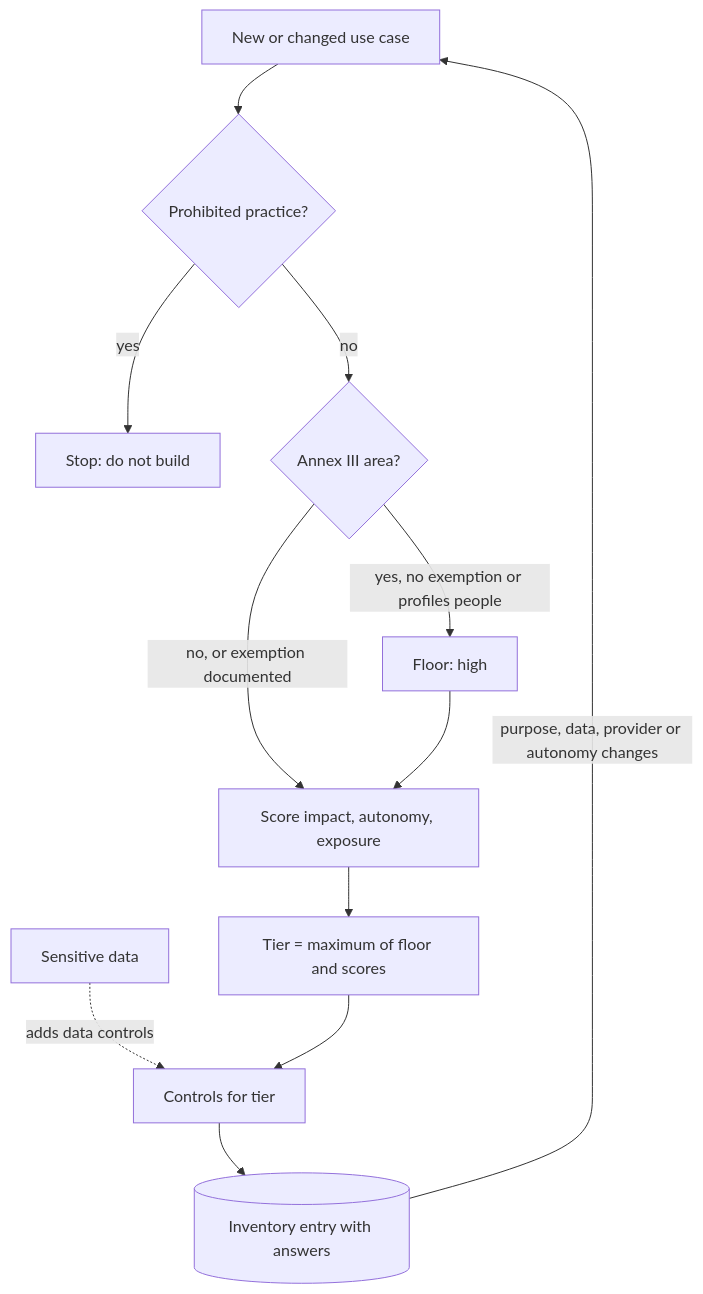
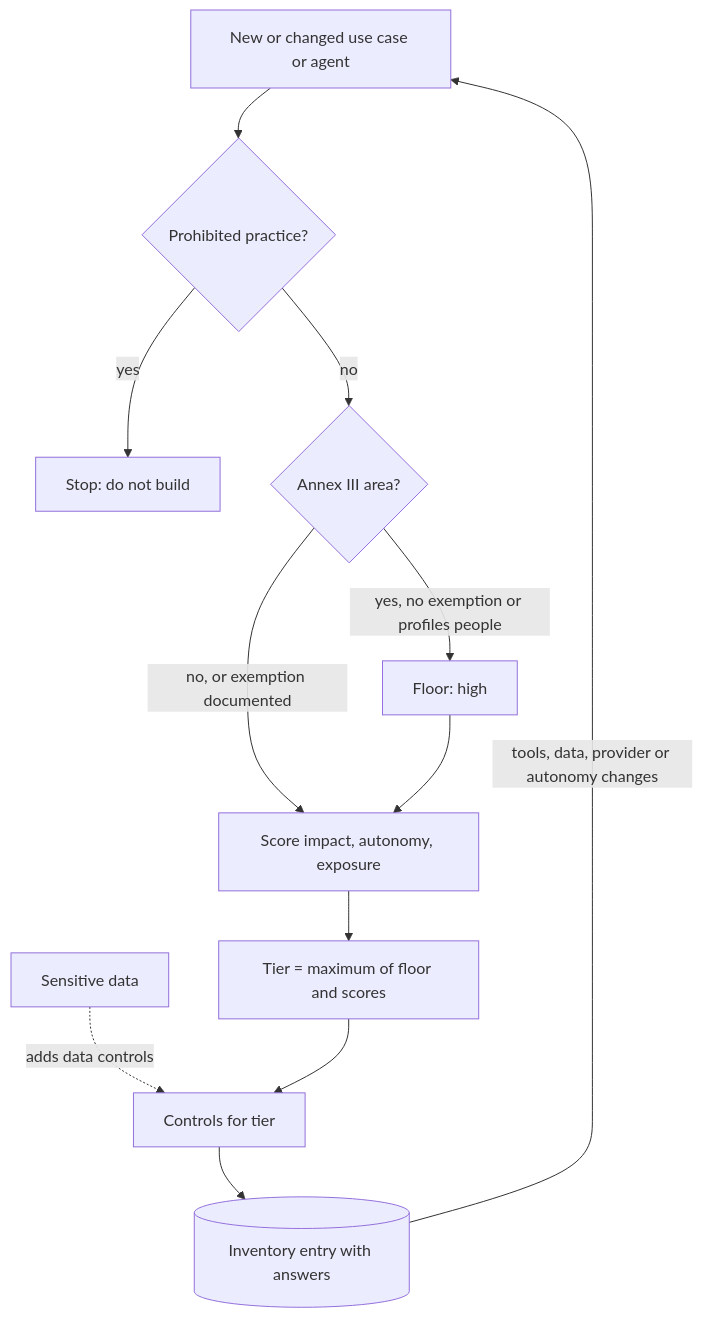
The diagram in content/security-governance-compliance/ai-inventory-and-use-case-risk-classification.md (lovishmahajan97/agentic-learning), drawn with Mermaid before and after one commit. The commit also changed other lines of this file and 454 other files, not shown here.

````diff
--- a/content/security-governance-compliance/ai-inventory-and-use-case-risk-classification.md
+++ b/content/security-governance-compliance/ai-inventory-and-use-case-risk-classification.md
@@ -122,14 +140,14 @@
 ```mermaid
 flowchart TD
-    I["New or changed use case"] --> P{"Prohibited practice?"}
+    I["New or changed use case or agent"] --> P{"Prohibited practice?"}
     P -->|"yes"| S["Stop: do not build"]
     P -->|"no"| A{"Annex III area?"}
     A -->|"yes, no exemption or profiles people"| H["Floor: high"]
     A -->|"no, or exemption documented"| F["Score impact, autonomy, exposure"]
     H --> F
     F --> M["Tier = maximum of floor and scores"]
     D["Sensitive data"] -.->|"adds data controls"| C
     M --> C["Controls for tier"]
     C --> R[("Inventory entry with answers")]
-    R -->|"purpose, data, provider or autonomy changes"| I
+    R -->|"tools, data, provider or autonomy changes"| I
 ```
````
